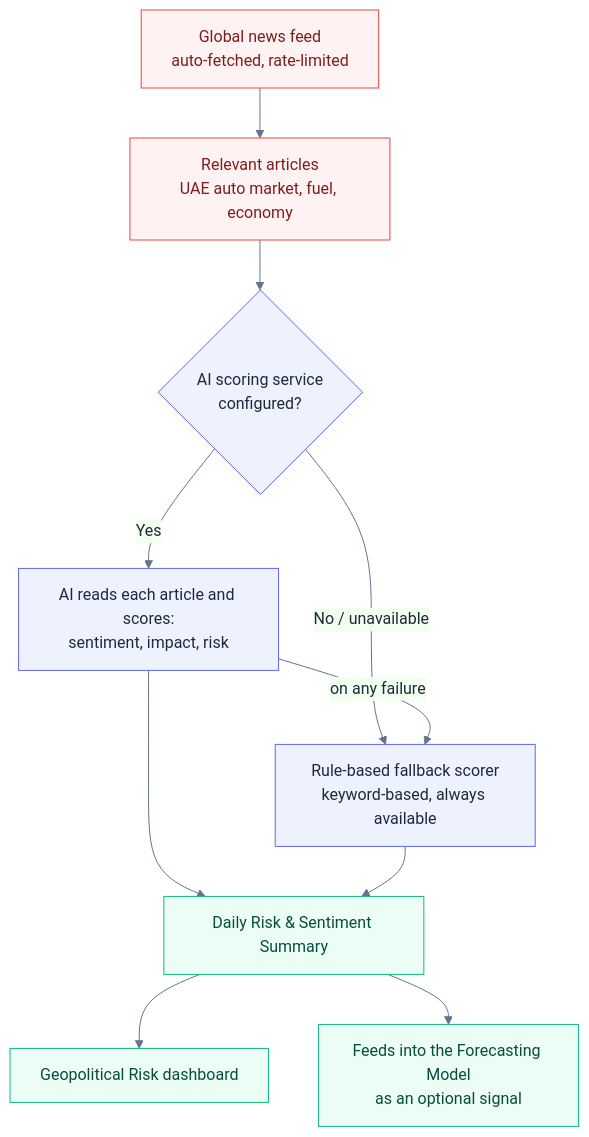
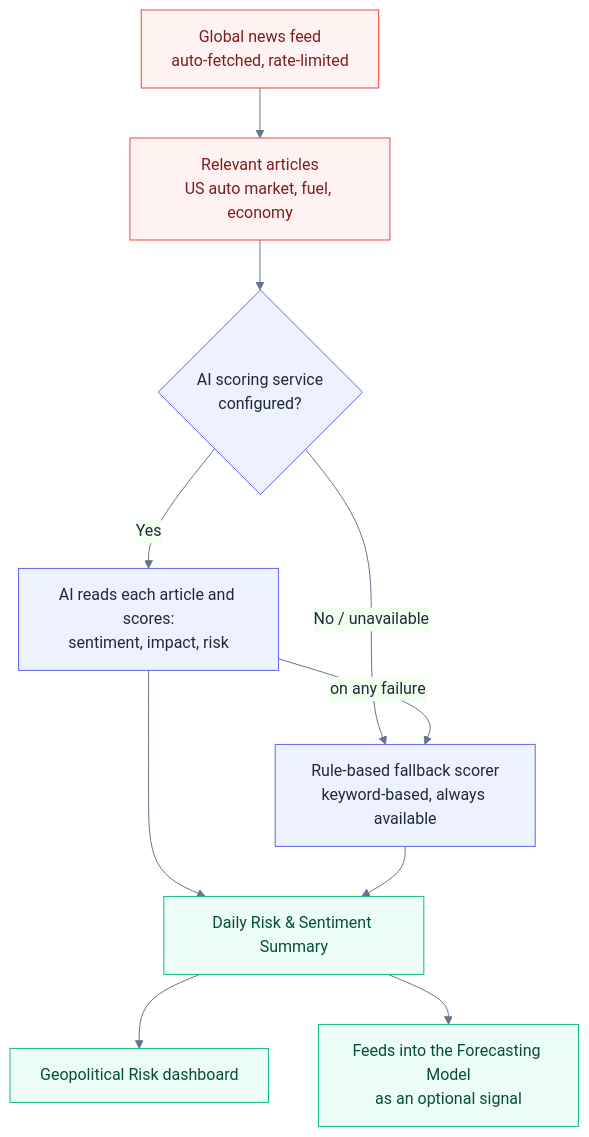
One commit to pushpalhedau/Demand-Prediction changed the sixth of 6 diagrams in ARCHITECTURE_OVERVIEW.md. Above: the diagram before and after it, drawn with Mermaid. The commit also changed other lines of this file and 69 other files, not shown here.

````diff
--- a/ARCHITECTURE_OVERVIEW.md
+++ b/ARCHITECTURE_OVERVIEW.md
@@ -244,23 +244,23 @@
 ```mermaid
 %%{init: {'theme':'base', 'themeVariables': {
   'primaryColor':'#EEF2FF','primaryTextColor':'#1E293B','primaryBorderColor':'#6366F1',
   'lineColor':'#64748B','fontFamily':'Segoe UI, Helvetica, Arial, sans-serif','fontSize':'16px'
 }}}%%
 flowchart TB
-    A["Global news feed<br/>auto-fetched, rate-limited"] --> B["Relevant articles<br/>UAE auto market, fuel, economy"]
+    A["Global news feed<br/>auto-fetched, rate-limited"] --> B["Relevant articles<br/>US auto market, fuel, economy"]
     B --> C{"AI scoring service<br/>configured?"}
     C -->|Yes| D["AI reads each article and scores:<br/>sentiment, impact, risk"]
     C -->|No / unavailable| E["Rule-based fallback scorer<br/>keyword-based, always available"]
     D -->|"on any failure"| E
     D --> F["Daily Risk & Sentiment Summary"]
     E --> F
     F --> G["Geopolitical Risk dashboard"]
     F --> H["Feeds into the Forecasting Model<br/>as an optional signal"]
 
     classDef source fill:#FEF2F2,stroke:#EF4444,color:#7F1D1D
     classDef process fill:#EEF2FF,stroke:#6366F1,color:#1E293B
     classDef output fill:#ECFDF5,stroke:#10B981,color:#064E3B
     class A,B source
     class C,D,E process
     class F,G,H output
 ```
````
